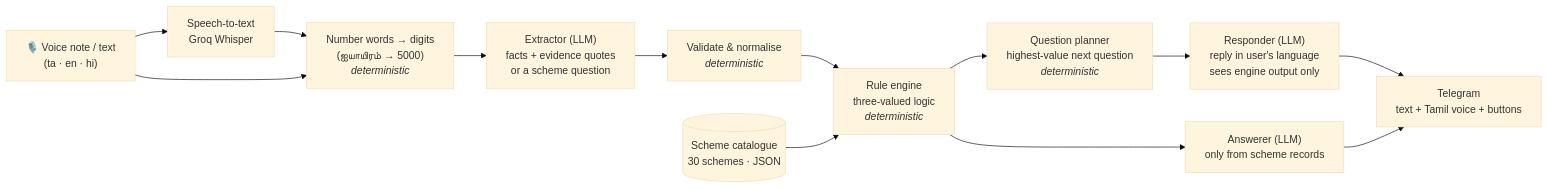
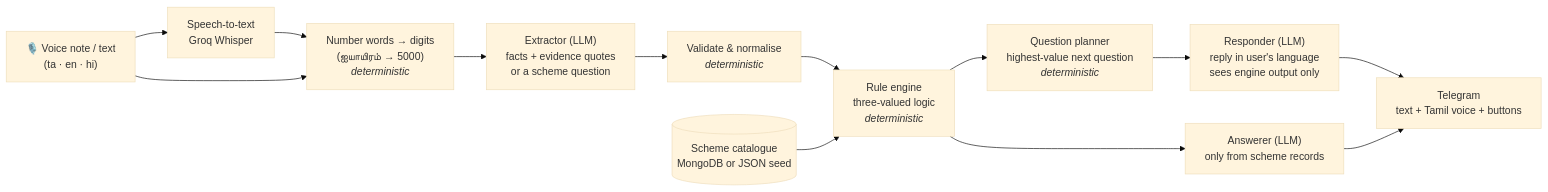
Before and after one commit to Balaji-R-05/urimai: the diagram in README.md, drawn with Mermaid (base theme). The commit also changed other lines of this file and 74 other files, not shown here.

````diff
--- a/README.md
+++ b/README.md
@@ -38,15 +38,15 @@
 ```mermaid
 flowchart LR
     U["🎙️ Voice note / text<br/>(ta · en · hi)"] --> STT["Speech-to-text<br/>Groq Whisper"]
     STT --> NUM["Number words → digits<br/>(ஐயாயிரம் → 5000)<br/><i>deterministic</i>"]
     U --> NUM
     NUM --> EXT["Extractor (LLM)<br/>facts + evidence quotes<br/>or a scheme question"]
     EXT --> NORM["Validate & normalise<br/><i>deterministic</i>"]
     NORM --> ENG["Rule engine<br/>three-valued logic<br/><i>deterministic</i>"]
-    CAT[("Scheme catalogue<br/>30 schemes · JSON")] --> ENG
+    CAT[("Scheme catalogue<br/>MongoDB or JSON seed")] --> ENG
     ENG --> PLAN["Question planner<br/>highest-value next question<br/><i>deterministic</i>"]
     ENG --> ANS["Answerer (LLM)<br/>only from scheme records"]
     PLAN --> RESP["Responder (LLM)<br/>reply in user's language<br/>sees engine output only"]
     RESP --> BOT["Telegram<br/>text + Tamil voice + buttons"]
     ANS --> BOT
 ```
````
